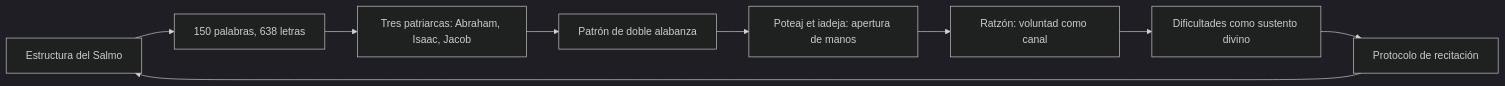
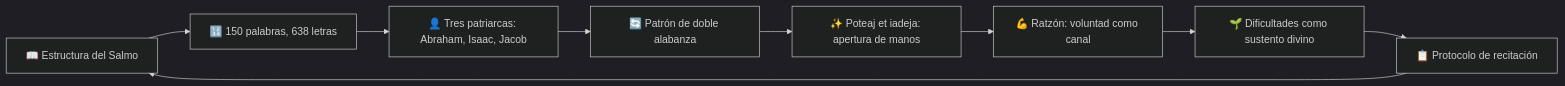
Before and after one commit to jeroroldan/jeronimo-blog: the first of 7 diagrams in src/content/blog/masterclass-salmo-145-abundancia-daniel-chapan.md, drawn with Mermaid (dark theme). The commit also changed other lines of this file and 1 other file, not shown here.

First line of the commit message:
feat(masterclass): enhance Salmo 145 masterclass with visual elements and structured content

````diff
--- a/src/content/blog/masterclass-salmo-145-abundancia-daniel-chapan.md
+++ b/src/content/blog/masterclass-salmo-145-abundancia-daniel-chapan.md
@@ -45,11 +45,11 @@
 ```mermaid
 flowchart LR
-    A[Estructura del Salmo] --> B[150 palabras, 638 letras]
-    B --> C[Tres patriarcas: Abraham, Isaac, Jacob]
-    C --> D[Patrón de doble alabanza]
-    D --> E[Poteaj et iadeja: apertura de manos]
-    E --> F[Ratzón: voluntad como canal]
-    F --> G[Dificultades como sustento divino]
-    G --> H[Protocolo de recitación]
+    A[📖 Estructura del Salmo] --> B[🔢 150 palabras, 638 letras]
+    B --> C[👤 Tres patriarcas: Abraham, Isaac, Jacob]
+    C --> D[🔄 Patrón de doble alabanza]
+    D --> E[✨ Poteaj et iadeja: apertura de manos]
+    E --> F[💪 Ratzón: voluntad como canal]
+    F --> G[🌱 Dificultades como sustento divino]
+    G --> H[📋 Protocolo de recitación]
     H --> A
 ```
````
